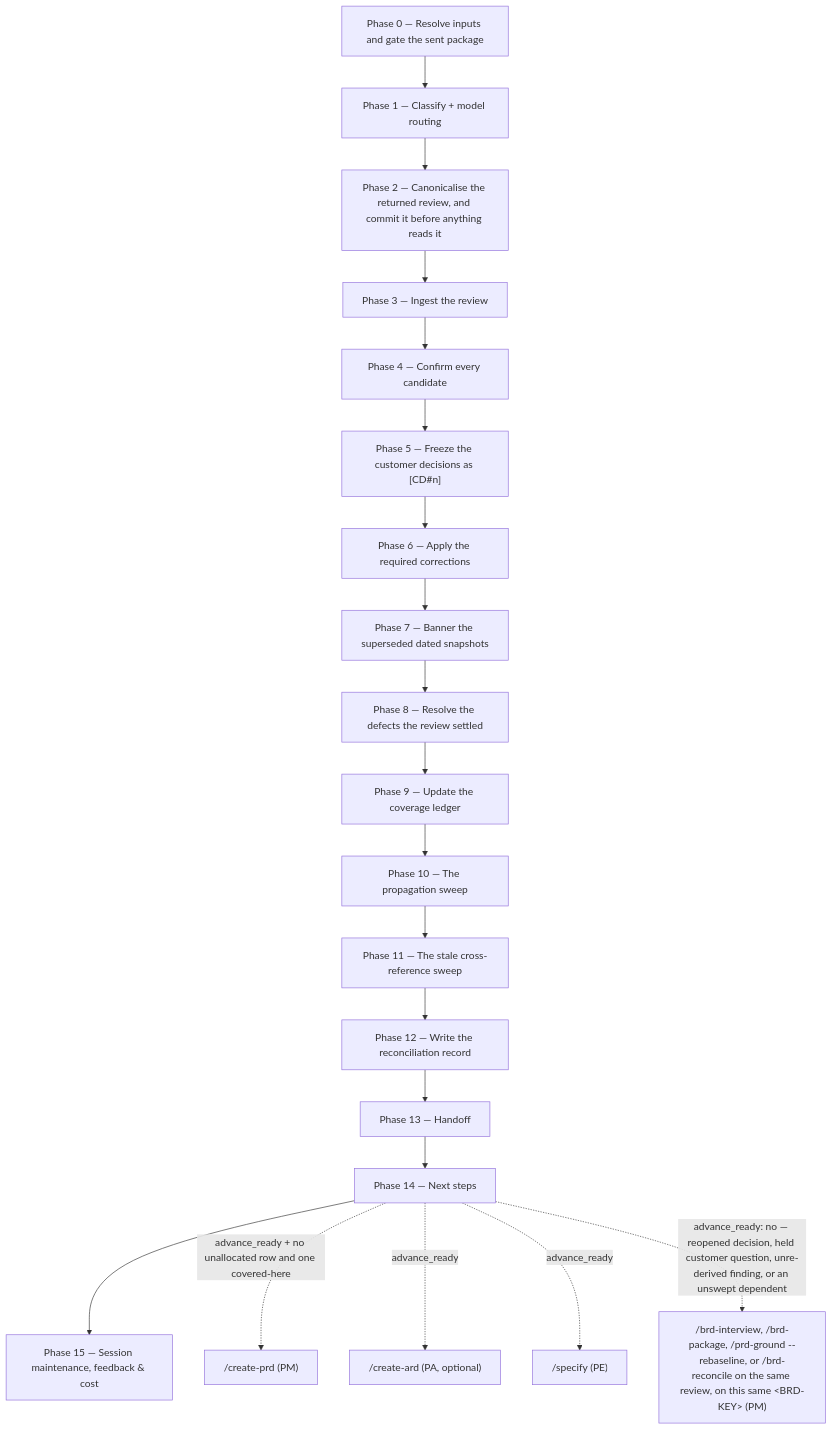
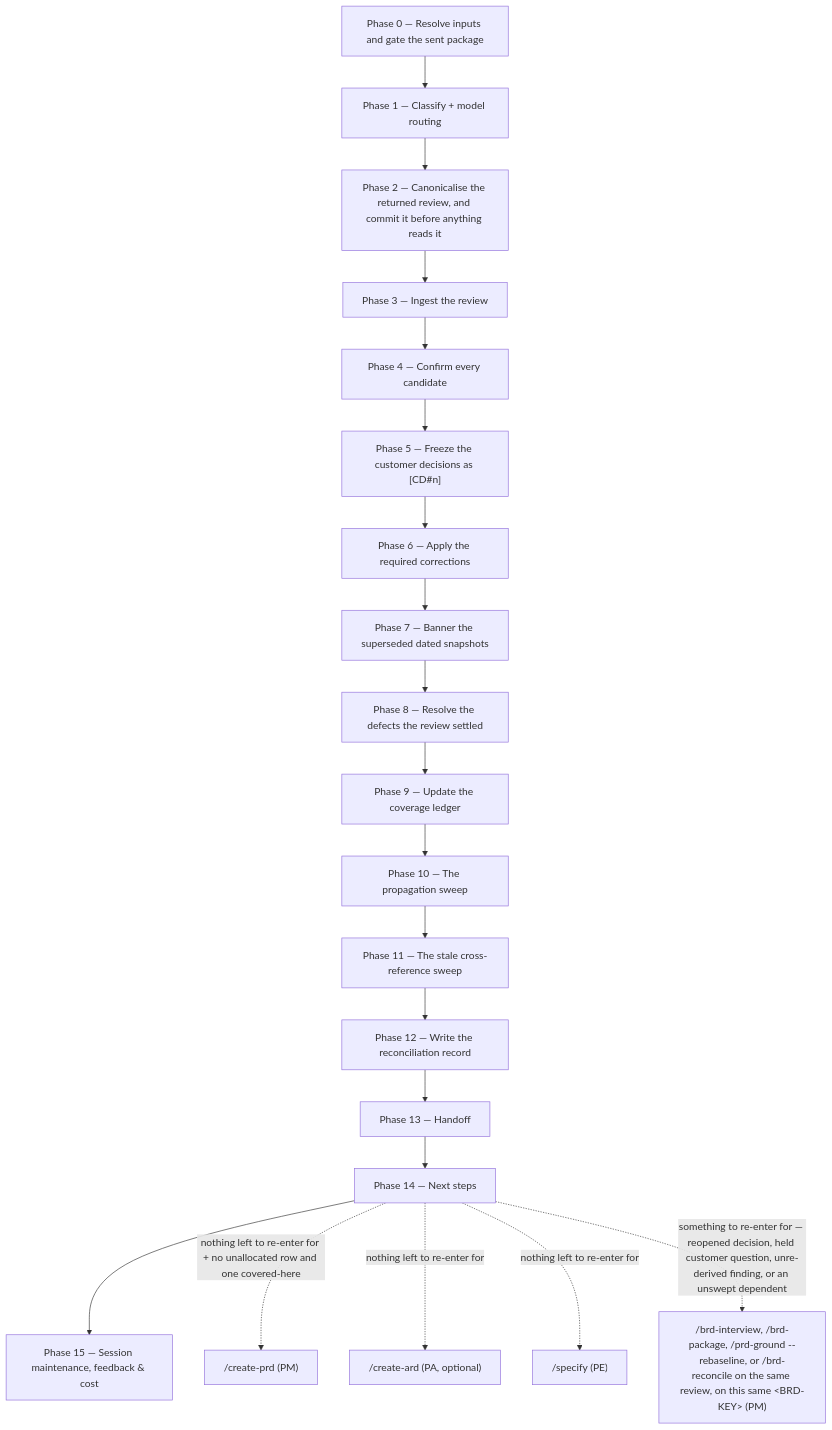
The diagram in plugins/product-workflows/docs/commands/brd-reconcile.md (ihudak/ai-workflows), drawn with Mermaid before and after one commit. The commit also changed other lines of this file and 72 other files, not shown here.

````diff
--- a/plugins/product-workflows/docs/commands/brd-reconcile.md
+++ b/plugins/product-workflows/docs/commands/brd-reconcile.md
@@ -120,22 +119,22 @@
 ```mermaid
 flowchart TD
     p0["Phase 0 — Resolve inputs and gate the sent package"] --> p1["Phase 1 — Classify + model routing"]
     p1 --> p2["Phase 2 — Canonicalise the returned review, and commit it before anything reads it"]
     p2 --> p3["Phase 3 — Ingest the review"]
     p3 --> p4["Phase 4 — Confirm every candidate"]
     p4 --> p5["Phase 5 — Freeze the customer decisions as [CD#n]"]
     p5 --> p6["Phase 6 — Apply the required corrections"]
     p6 --> p7["Phase 7 — Banner the superseded dated snapshots"]
     p7 --> p8["Phase 8 — Resolve the defects the review settled"]
     p8 --> p9["Phase 9 — Update the coverage ledger"]
     p9 --> p10["Phase 10 — The propagation sweep"]
     p10 --> p11["Phase 11 — The stale cross-reference sweep"]
     p11 --> p12["Phase 12 — Write the reconciliation record"]
     p12 --> p13["Phase 13 — Handoff"]
     p13 --> p14["Phase 14 — Next steps"]
     p14 --> p15["Phase 15 — Session maintenance, feedback & cost"]
-    p14 -.->|"advance_ready + no unallocated row and one covered-here"| prd["/create-prd (PM)"]
-    p14 -.->|"advance_ready"| ard["/create-ard (PA, optional)"]
-    p14 -.->|"advance_ready"| spec["/specify (PE)"]
-    p14 -.->|"advance_ready: no — reopened decision, held customer question, unre-derived finding, or an unswept dependent"| reentry["/brd-interview, /brd-package, /prd-ground --rebaseline, or /brd-reconcile on the same review, on this same &lt;BRD-KEY&gt; (PM)"]
+    p14 -.->|"nothing left to re-enter for + no unallocated row and one covered-here"| prd["/create-prd (PM)"]
+    p14 -.->|"nothing left to re-enter for"| ard["/create-ard (PA, optional)"]
+    p14 -.->|"nothing left to re-enter for"| spec["/specify (PE)"]
+    p14 -.->|"something to re-enter for — reopened decision, held customer question, unre-derived finding, or an unswept dependent"| reentry["/brd-interview, /brd-package, /prd-ground --rebaseline, or /brd-reconcile on the same review, on this same &lt;BRD-KEY&gt; (PM)"]
 ```
````
